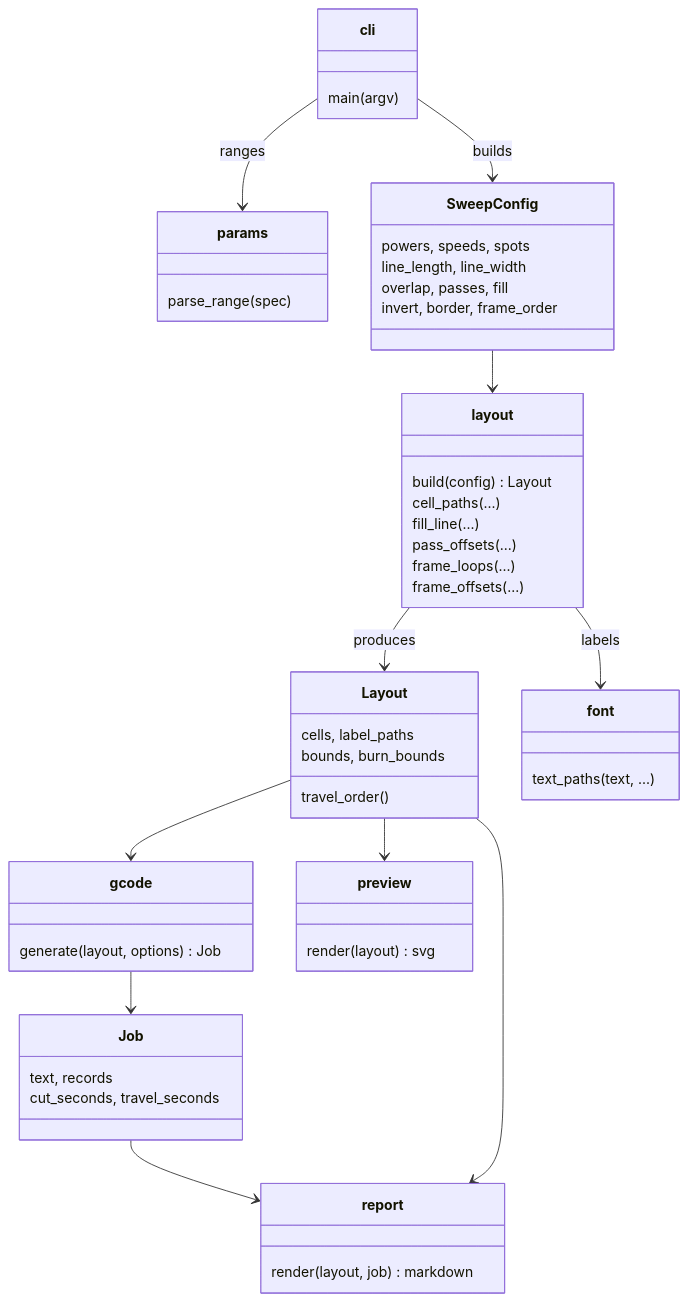
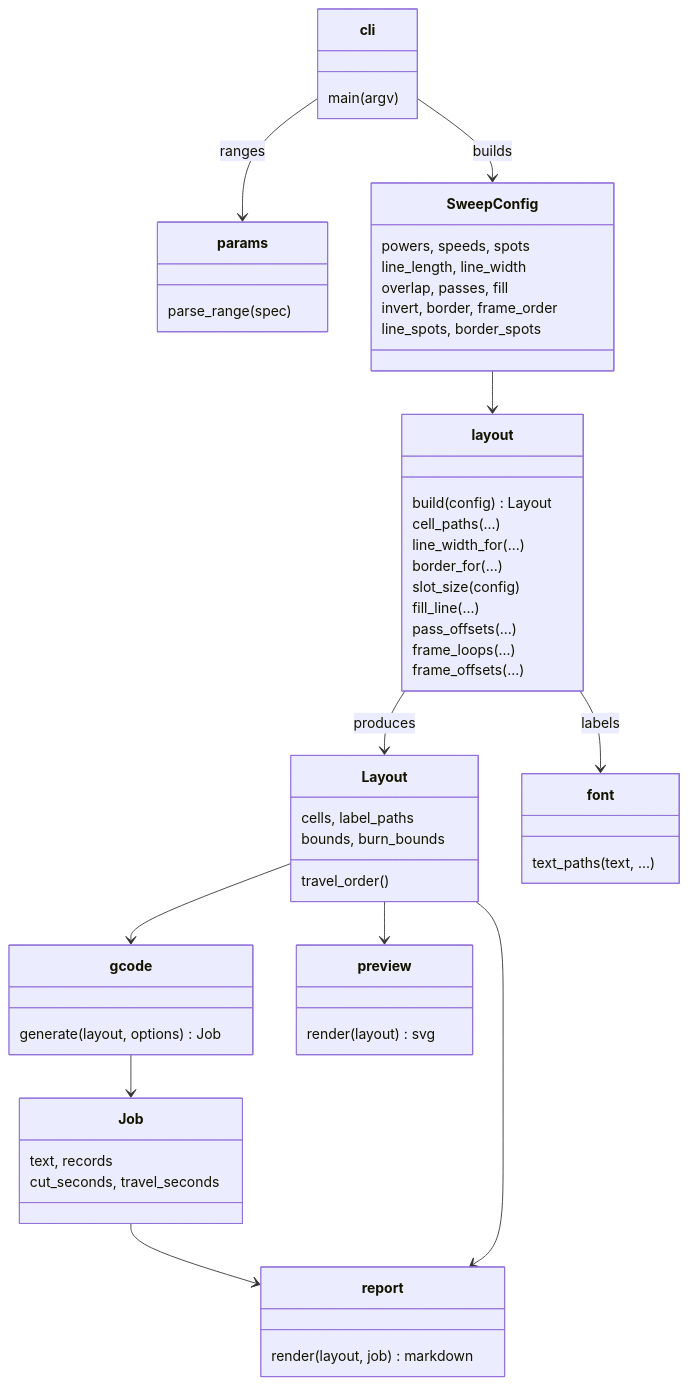
The diagram in README.md (tmpk13/kicad-to-gcode), drawn with Mermaid before and after one commit. The commit also changed other lines of this file and 8 other files, not shown here.

First line of the commit message:
Size the line width and border in spots instead of millimetres

````diff
--- a/README.md
+++ b/README.md
@@ -81,54 +106,58 @@
 ```mermaid
 classDiagram
     class cli {
         main(argv)
     }
     class params {
         parse_range(spec)
     }
     class SweepConfig {
         powers, speeds, spots
         line_length, line_width
         overlap, passes, fill
         invert, border, frame_order
+        line_spots, border_spots
     }
     class layout {
         build(config) Layout
         cell_paths(...)
+        line_width_for(...)
+        border_for(...)
+        slot_size(config)
         fill_line(...)
         pass_offsets(...)
         frame_loops(...)
         frame_offsets(...)
     }
     class Layout {
         cells, label_paths
         bounds, burn_bounds
         travel_order()
     }
     class font {
         text_paths(text, ...)
     }
     class gcode {
         generate(layout, options) Job
     }
     class Job {
         text, records
         cut_seconds, travel_seconds
     }
     class preview {
         render(layout) svg
     }
     class report {
         render(layout, job) markdown
     }
     cli --> params : ranges
     cli --> SweepConfig : builds
     SweepConfig --> layout
     layout --> Layout : produces
     layout --> font : labels
     Layout --> gcode
     Layout --> preview
     gcode --> Job
     Job --> report
     Layout --> report
 ```
````
